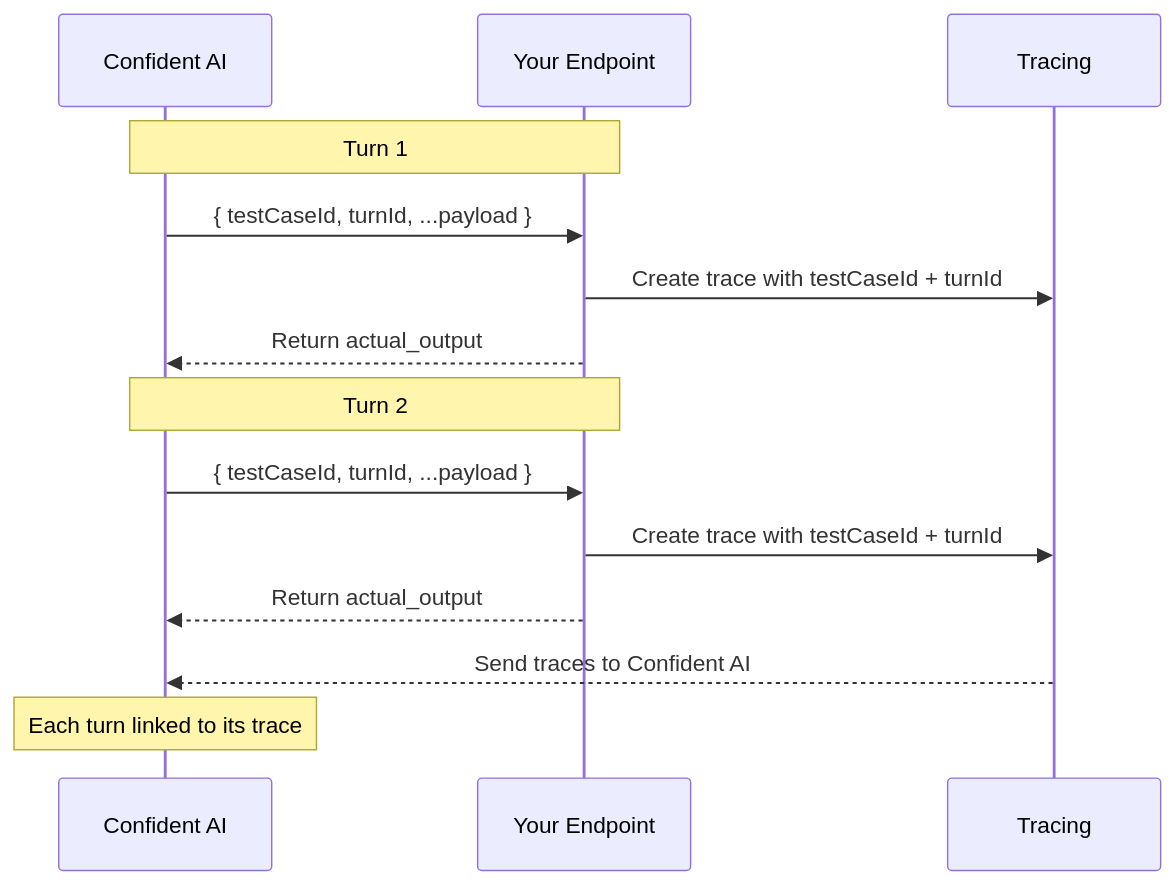
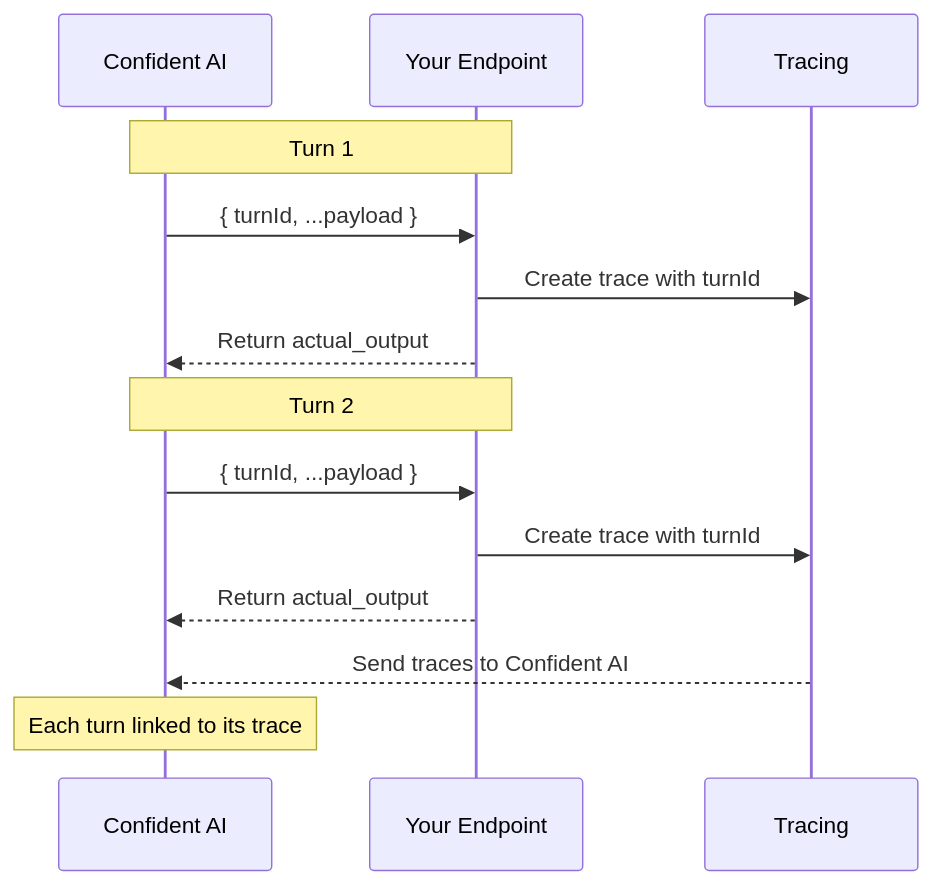
Before and after one commit to confident-ai/confident-docs: the third of 3 diagrams in fern/docs/pages/settings/project/ai-connections.mdx, drawn with Mermaid. The commit also changed other lines of this file, not shown here.

````diff
--- a/fern/docs/pages/settings/project/ai-connections.mdx
+++ b/fern/docs/pages/settings/project/ai-connections.mdx
@@ -553,19 +553,19 @@
 ```mermaid
 sequenceDiagram
     participant C as Confident AI
     participant E as Your Endpoint
     participant T as Tracing
 
     Note over C,E: Turn 1
-    C->>E: { testCaseId, turnId, ...payload }
-    E->>T: Create trace with testCaseId + turnId
+    C->>E: { turnId, ...payload }
+    E->>T: Create trace with turnId
     E-->>C: Return actual_output
 
     Note over C,E: Turn 2
-    C->>E: { testCaseId, turnId, ...payload }
-    E->>T: Create trace with testCaseId + turnId
+    C->>E: { turnId, ...payload }
+    E->>T: Create trace with turnId
     E-->>C: Return actual_output
 
     T-->>C: Send traces to Confident AI
     Note over C: Each turn linked to its trace
 ```
````
